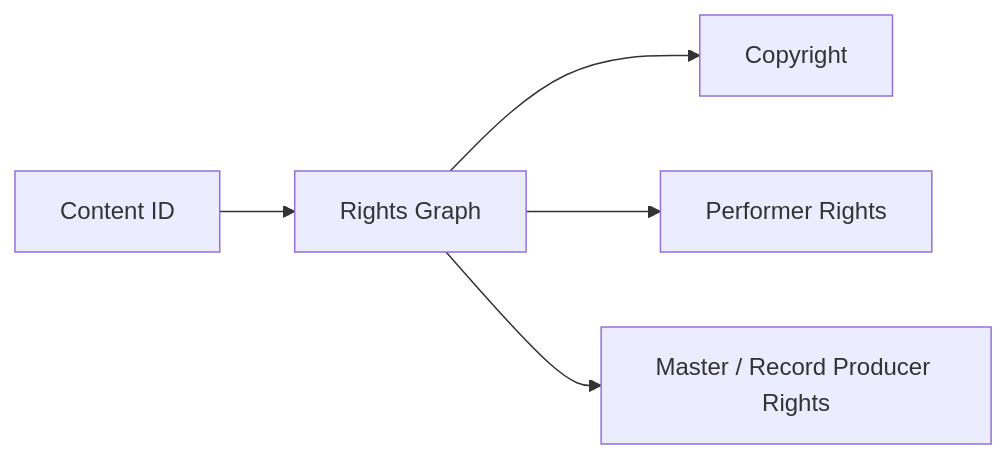
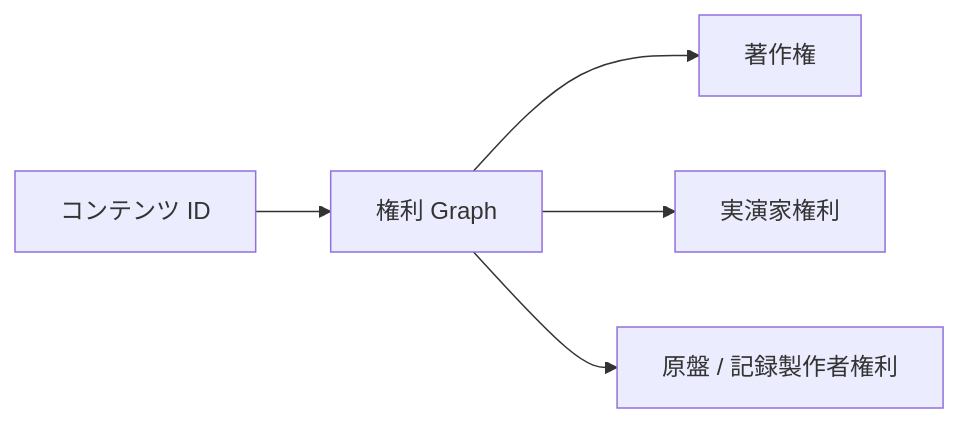
One commit to ShigeichiroYamasaki/creator-first-platform changed the fifth of 45 diagrams in docs/whitepaper/11-legal-sto-tax.md. Above: the diagram before and after it, drawn with Mermaid. The commit also changed other lines of this file and 72 other files, not shown here.

````diff
--- a/docs/whitepaper/11-legal-sto-tax.md
+++ b/docs/whitepaper/11-legal-sto-tax.md
@@ -156,11 +156,11 @@
 ```mermaid
 flowchart LR
-    CONTENT[Content ID]
-    RIGHTS[Rights Graph]
+    CONTENT[コンテンツ ID]
+    RIGHTS[権利 Graph]
 
-    RIGHTS --> COPYRIGHT[Copyright]
-    RIGHTS --> PERFORMER[Performer Rights]
-    RIGHTS --> MASTER[Master / Record Producer Rights]
+    RIGHTS --> COPYRIGHT[著作権]
+    RIGHTS --> PERFORMER[実演家権利]
+    RIGHTS --> MASTER[原盤 / 記録製作者権利]
 
     CONTENT --> RIGHTS
 ```
````
